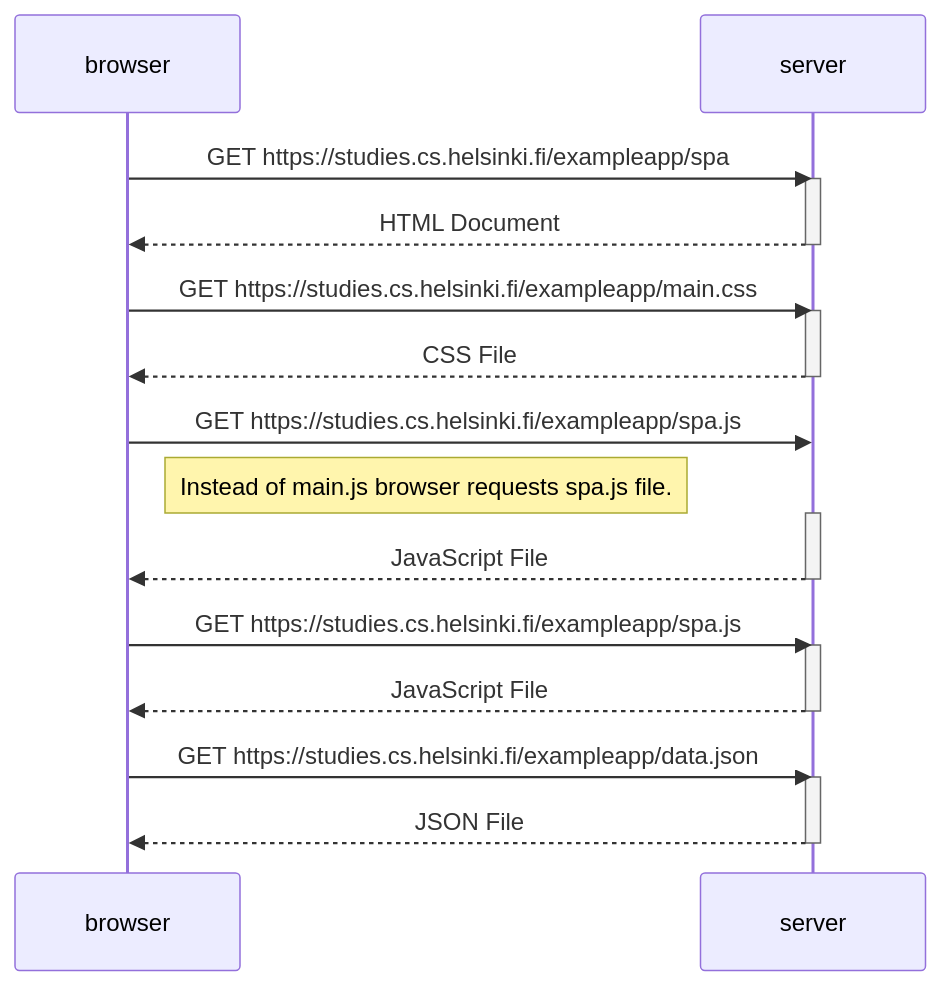
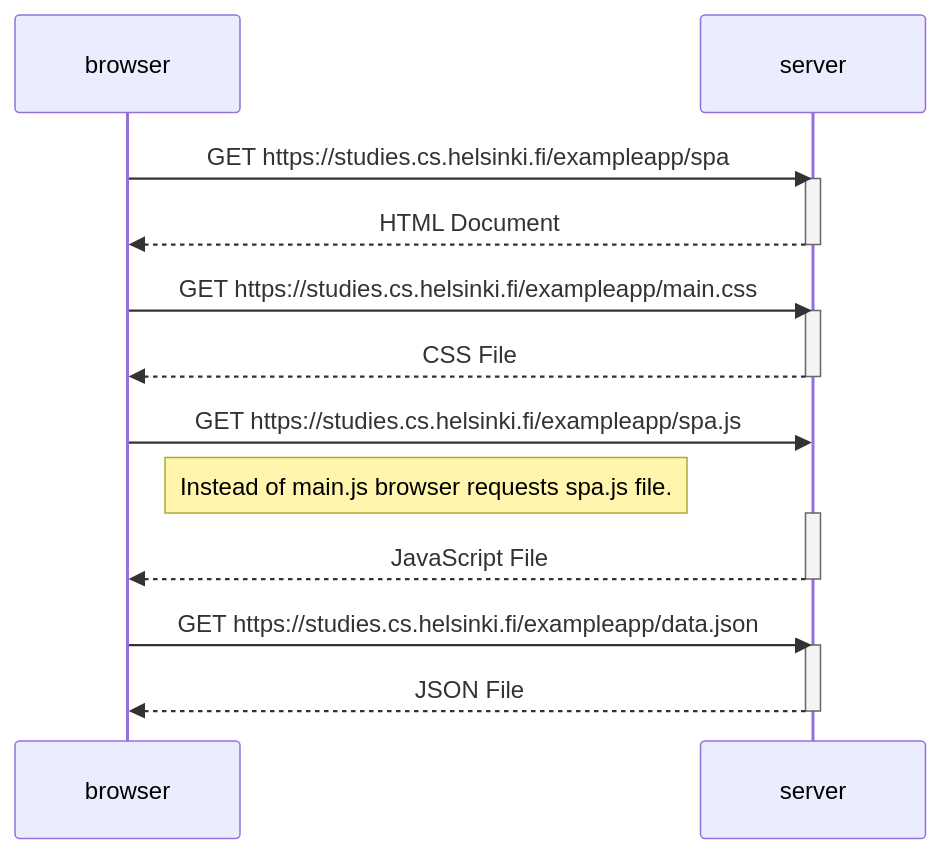
Before and after one commit to tkartasl/full_stack_open: the diagram in osa0/0.5_single_page_app.md, drawn with Mermaid.

Commit message:
GET spa.js request was added twice. Removed the duplicate.

````diff
--- a/osa0/0.5_single_page_app.md
+++ b/osa0/0.5_single_page_app.md
@@ -1,31 +1,26 @@
 ```mermaid
 sequenceDiagram
   participant browser
   participant server
 
   browser->>server: GET https://studies.cs.helsinki.fi/exampleapp/spa
   activate server
   server-->>browser: HTML Document
   deactivate server
 
   browser->>server: GET https://studies.cs.helsinki.fi/exampleapp/main.css
   activate server
   server-->>browser: CSS File
   deactivate server
 
   browser->>server: GET https://studies.cs.helsinki.fi/exampleapp/spa.js
   Note right of browser: Instead of main.js browser requests spa.js file.
   activate server
   server-->>browser: JavaScript File
   deactivate server
 
-  browser->>server: GET https://studies.cs.helsinki.fi/exampleapp/spa.js
-  activate server
-  server-->>browser: JavaScript File
-  deactivate server
-
   browser->>server: GET https://studies.cs.helsinki.fi/exampleapp/data.json
   activate server
   server-->>browser: JSON File
   deactivate server
 ```
````
